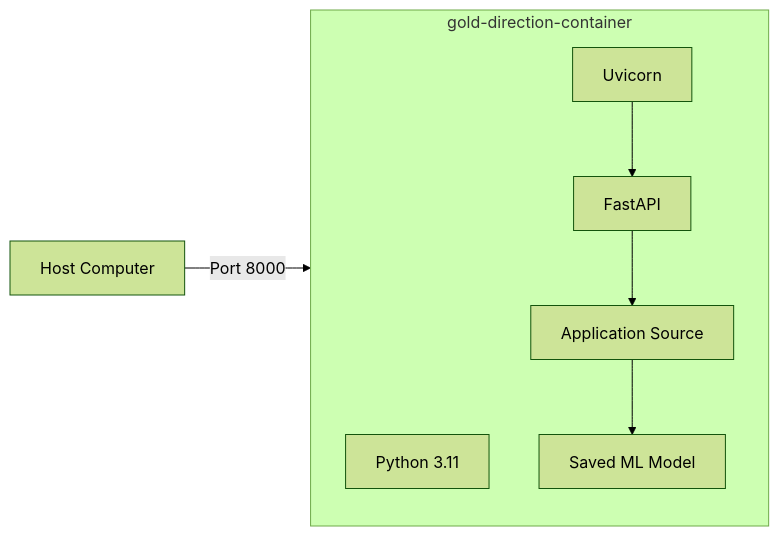
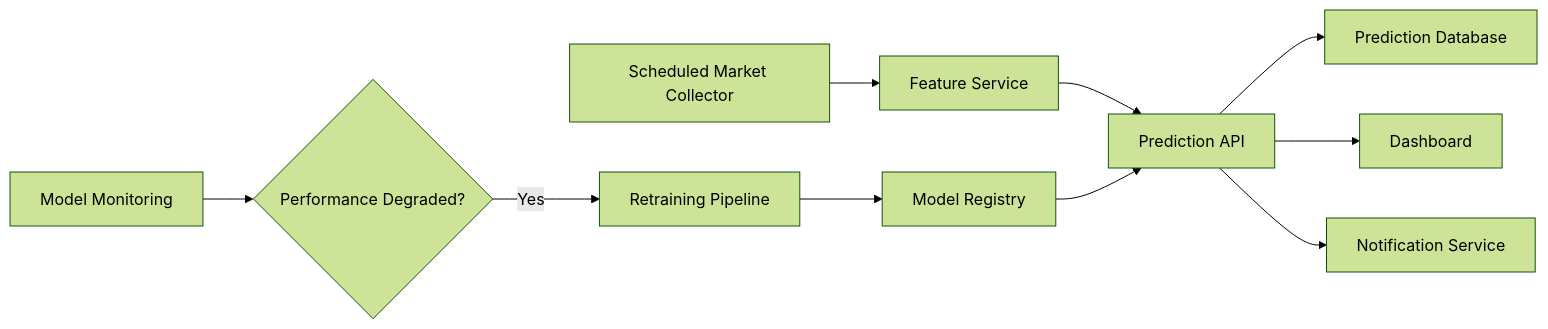
One commit to chauhanmuskan291980-wq/gold-price-direction-predictor changed diagram 15 of 15 in docs/architecture.md. Above: the diagram before and after it, drawn with Mermaid (forest theme). The commit also changed other lines of this file and 2 other files, not shown here.

Commit message:
docs: align documentation with three-model architecture and updated API

````diff
--- a/docs/architecture.md
+++ b/docs/architecture.md
@@ -742,16 +896,13 @@
 ```mermaid
 flowchart LR
-    A[Host Computer] -->|Port 8000| B[Docker Container]
+    A[Scheduled Market Collector] --> B[Feature Service]
+    B --> C[Prediction API]
+    C --> D[Prediction Database]
+    C --> E[Dashboard]
+    C --> F[Notification Service]
 
-    subgraph B[gold-direction-container]
-        C[Python 3.11]
-        D[FastAPI]
-        E[Uvicorn]
-        F[Application Source]
-        G[Saved ML Model]
-    end
-
-    E --> D
-    D --> F
-    F --> G
+    G[Model Monitoring] --> H{Performance Degraded?}
+    H -- Yes --> I[Retraining Pipeline]
+    I --> J[Model Registry]
+    J --> C
 ```
````
